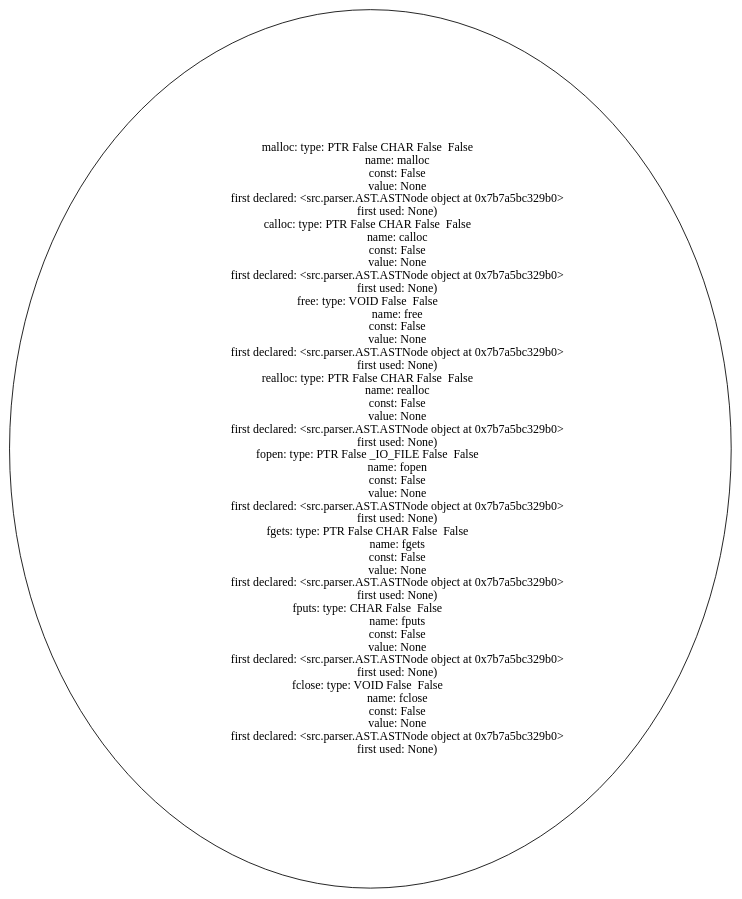
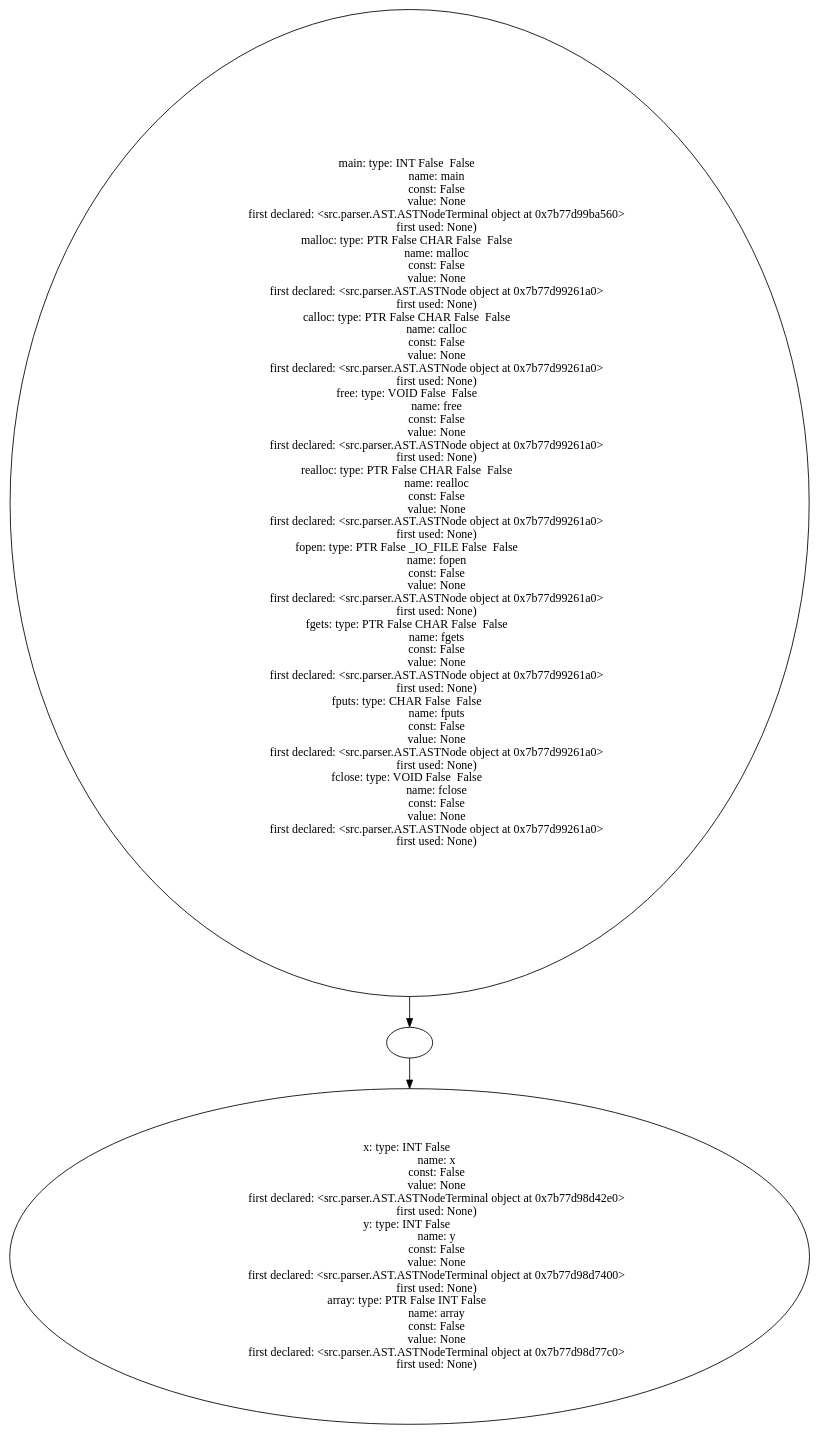
One commit to Are-you-listening/Compilers changed the diagram in example_source_files/24_original_code_comment/24_original_code_comment_table.dot. Above: the diagram before and after it, drawn with Graphviz. The commit also changed 286 other files, not shown here.

```diff
--- a/example_source_files/24_original_code_comment/24_original_code_comment_table.dot
+++ b/example_source_files/24_original_code_comment/24_original_code_comment_table.dot
@@ -1,50 +1,77 @@
 digraph AST {
-  "135765455733040" [label="malloc: type: PTR False CHAR False  False  
+  "135754681245488" [label="main: type: INT False  False  
+                   name: main
+                   const: False
+                   value: None
+                   first declared: <src.parser.AST.ASTNodeTerminal object at 0x7b77d99ba560>
+                   first used: None)
+malloc: type: PTR False CHAR False  False  
                    name: malloc
                    const: False
                    value: None
-                   first declared: <src.parser.AST.ASTNode object at 0x7b7a5bc329b0>
+                   first declared: <src.parser.AST.ASTNode object at 0x7b77d99261a0>
                    first used: None)
 calloc: type: PTR False CHAR False  False  
                    name: calloc
                    const: False
                    value: None
-                   first declared: <src.parser.AST.ASTNode object at 0x7b7a5bc329b0>
+                   first declared: <src.parser.AST.ASTNode object at 0x7b77d99261a0>
                    first used: None)
 free: type: VOID False  False  
                    name: free
                    const: False
                    value: None
-                   first declared: <src.parser.AST.ASTNode object at 0x7b7a5bc329b0>
+                   first declared: <src.parser.AST.ASTNode object at 0x7b77d99261a0>
                    first used: None)
 realloc: type: PTR False CHAR False  False  
                    name: realloc
                    const: False
                    value: None
-                   first declared: <src.parser.AST.ASTNode object at 0x7b7a5bc329b0>
+                   first declared: <src.parser.AST.ASTNode object at 0x7b77d99261a0>
                    first used: None)
 fopen: type: PTR False _IO_FILE False  False  
                    name: fopen
                    const: False
                    value: None
-                   first declared: <src.parser.AST.ASTNode object at 0x7b7a5bc329b0>
+                   first declared: <src.parser.AST.ASTNode object at 0x7b77d99261a0>
                    first used: None)
 fgets: type: PTR False CHAR False  False  
                    name: fgets
                    const: False
                    value: None
-                   first declared: <src.parser.AST.ASTNode object at 0x7b7a5bc329b0>
+                   first declared: <src.parser.AST.ASTNode object at 0x7b77d99261a0>
                    first used: None)
 fputs: type: CHAR False  False  
                    name: fputs
                    const: False
                    value: None
-                   first declared: <src.parser.AST.ASTNode object at 0x7b7a5bc329b0>
+                   first declared: <src.parser.AST.ASTNode object at 0x7b77d99261a0>
                    first used: None)
 fclose: type: VOID False  False  
                    name: fclose
                    const: False
                    value: None
-                   first declared: <src.parser.AST.ASTNode object at 0x7b7a5bc329b0>
+                   first declared: <src.parser.AST.ASTNode object at 0x7b77d99261a0>
+                   first used: None)"];
+  "135754681245488" -> "135754681241936";
+  "135754681241936" [label=""];
+  "135754681241936" -> "135754681241984";
+  "135754681241984" [label="x: type: INT False  
+                   name: x
+                   const: False
+                   value: None
+                   first declared: <src.parser.AST.ASTNodeTerminal object at 0x7b77d98d42e0>
+                   first used: None)
+y: type: INT False  
+                   name: y
+                   const: False
+                   value: None
+                   first declared: <src.parser.AST.ASTNodeTerminal object at 0x7b77d98d7400>
+                   first used: None)
+array: type: PTR False INT False  
+                   name: array
+                   const: False
+                   value: None
+                   first declared: <src.parser.AST.ASTNodeTerminal object at 0x7b77d98d77c0>
                    first used: None)"];
 }
```
